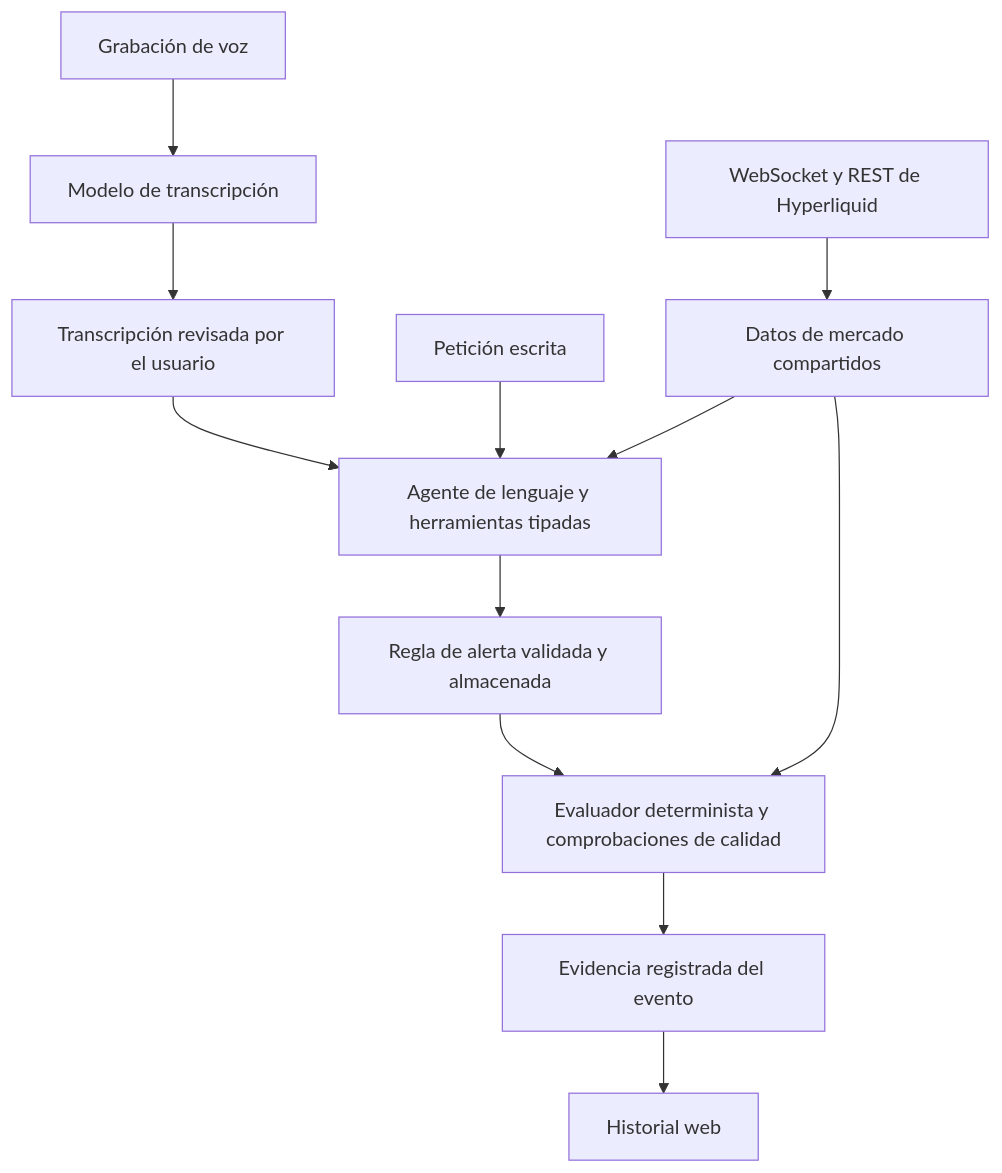
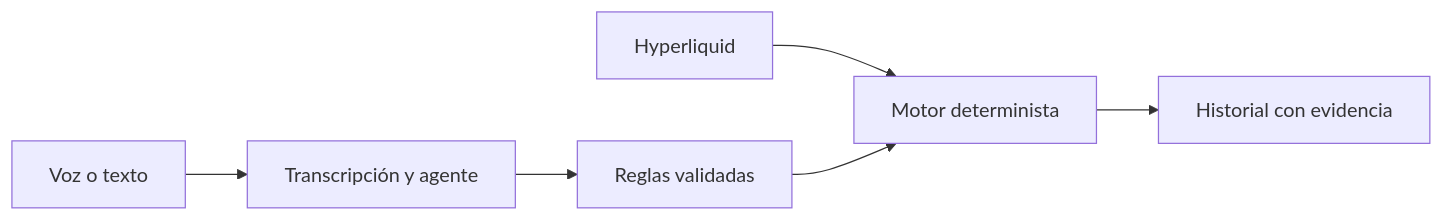
The diagram in README.md (JaviChulvi/hype-radar), drawn with Mermaid before and after one commit. The commit also changed other lines of this file and 3 other files, not shown here.

````diff
--- a/README.md
+++ b/README.md
@@ -46,14 +26,8 @@
 ```mermaid
-flowchart TD
-    VOICE[Grabación de voz] --> STT[Modelo de transcripción]
-    STT --> REVIEW[Transcripción revisada por el usuario]
-    REVIEW --> AGENT[Agente de lenguaje y herramientas tipadas]
-    TEXT[Petición escrita] --> AGENT
-    HYPERLIQUID[WebSocket y REST de Hyperliquid] --> DATA[Datos de mercado compartidos]
-    DATA --> AGENT
-    AGENT --> RULE[Regla de alerta validada y almacenada]
-    RULE --> ENGINE[Evaluador determinista y comprobaciones de calidad]
-    DATA --> ENGINE
-    ENGINE --> EVIDENCE[Evidencia registrada del evento]
-    EVIDENCE --> HISTORY[Historial web]
+flowchart LR
+    USER[Voz o texto] --> AI[Transcripción y agente]
+    AI --> RULE[Reglas validadas]
+    HL[Hyperliquid] --> ENGINE[Motor determinista]
+    RULE --> ENGINE
+    ENGINE --> HISTORY[Historial con evidencia]
 ```
````
